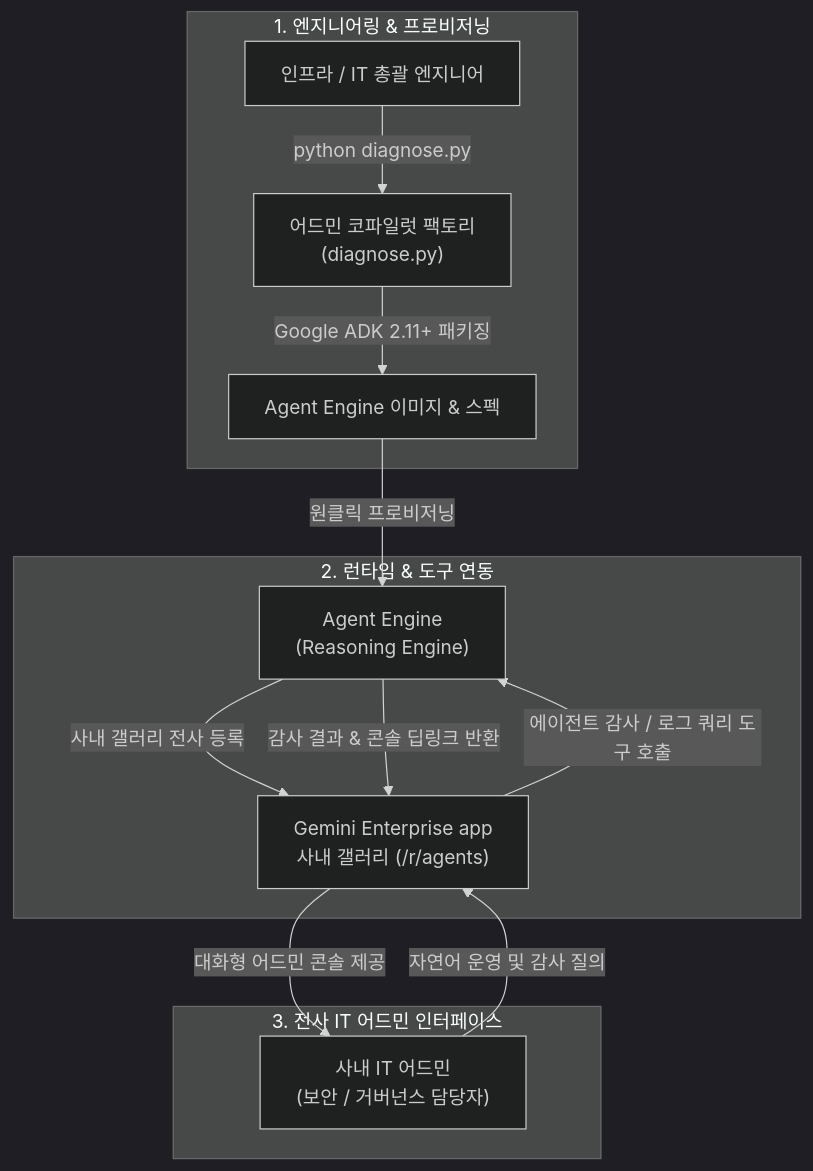
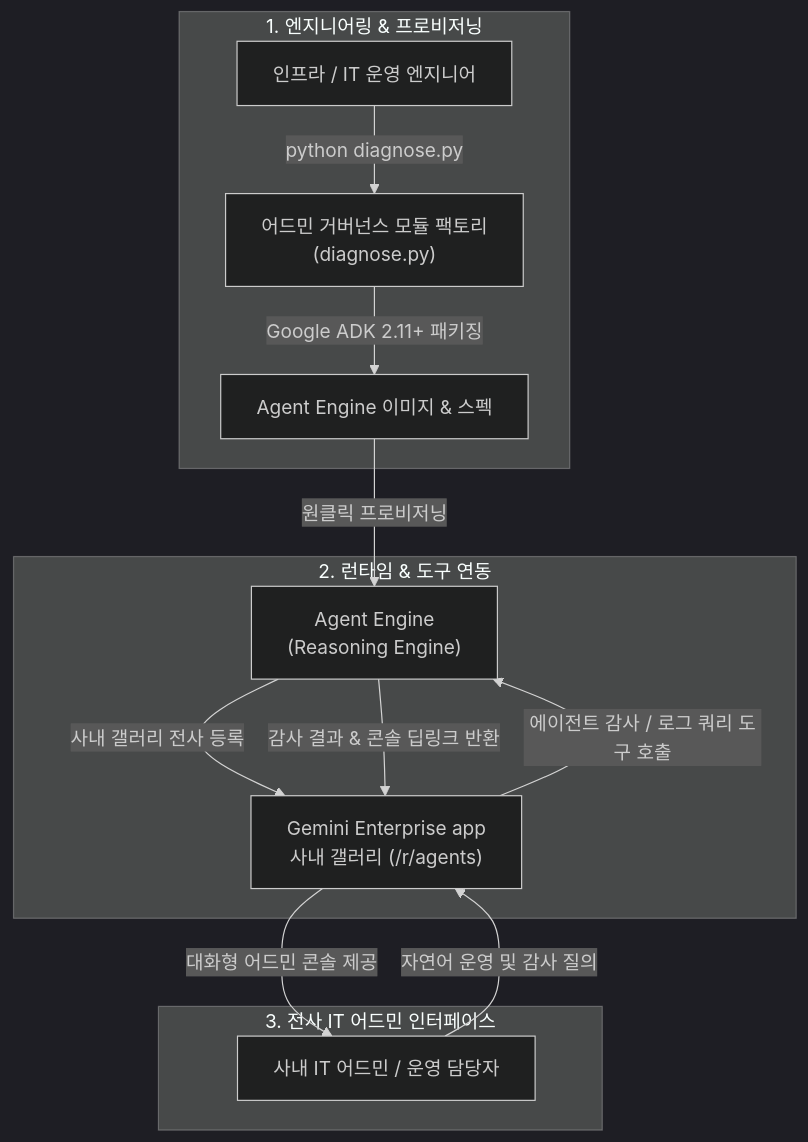
The diagram in samples/gemini-enterprise-factory-admin/report.md (jiangjun-forge/google-cloud-0-to-1), drawn with Mermaid (dark theme) before and after one commit. The commit also changed other lines of this file and 39 other files, not shown here.

````diff
--- a/samples/gemini-enterprise-factory-admin/report.md
+++ b/samples/gemini-enterprise-factory-admin/report.md
@@ -27,19 +27,19 @@
 ```mermaid
 flowchart TB
     subgraph Dev["1. 엔지니어링 & 프로비저닝"]
-        A["인프라 / IT 총괄 엔지니어"] -->|"python diagnose.py"| B["어드민 코파일럿 팩토리<br/>(diagnose.py)"]
+        A["인프라 / IT 운영 엔지니어"] -->|"python diagnose.py"| B["어드민 거버넌스 모듈 팩토리<br/>(diagnose.py)"]
         B -->|"Google ADK 2.11+ 패키징"| C["Agent Engine 이미지 & 스펙"]
     end
 
     subgraph Runtime["2. 런타임 & 도구 연동"]
         C -->|"원클릭 프로비저닝"| D["Agent Engine<br/>(Reasoning Engine)"]
         D -->|"사내 갤러리 전사 등록"| E["Gemini Enterprise app<br/>사내 갤러리 (/r/agents)"]
     end
 
     subgraph Portal["3. 전사 IT 어드민 인터페이스"]
-        E -->|"대화형 어드민 콘솔 제공"| F["사내 IT 어드민<br/>(보안 / 거버넌스 담당자)"]
+        E -->|"대화형 어드민 콘솔 제공"| F["사내 IT 어드민 / 운영 담당자"]
         F -->|"자연어 운영 및 감사 질의"| E
         E -->|"에이전트 감사 / 로그 쿼리 도구 호출"| D
         D -->|"감사 결과 & 콘솔 딥링크 반환"| E
     end
 ```
````
